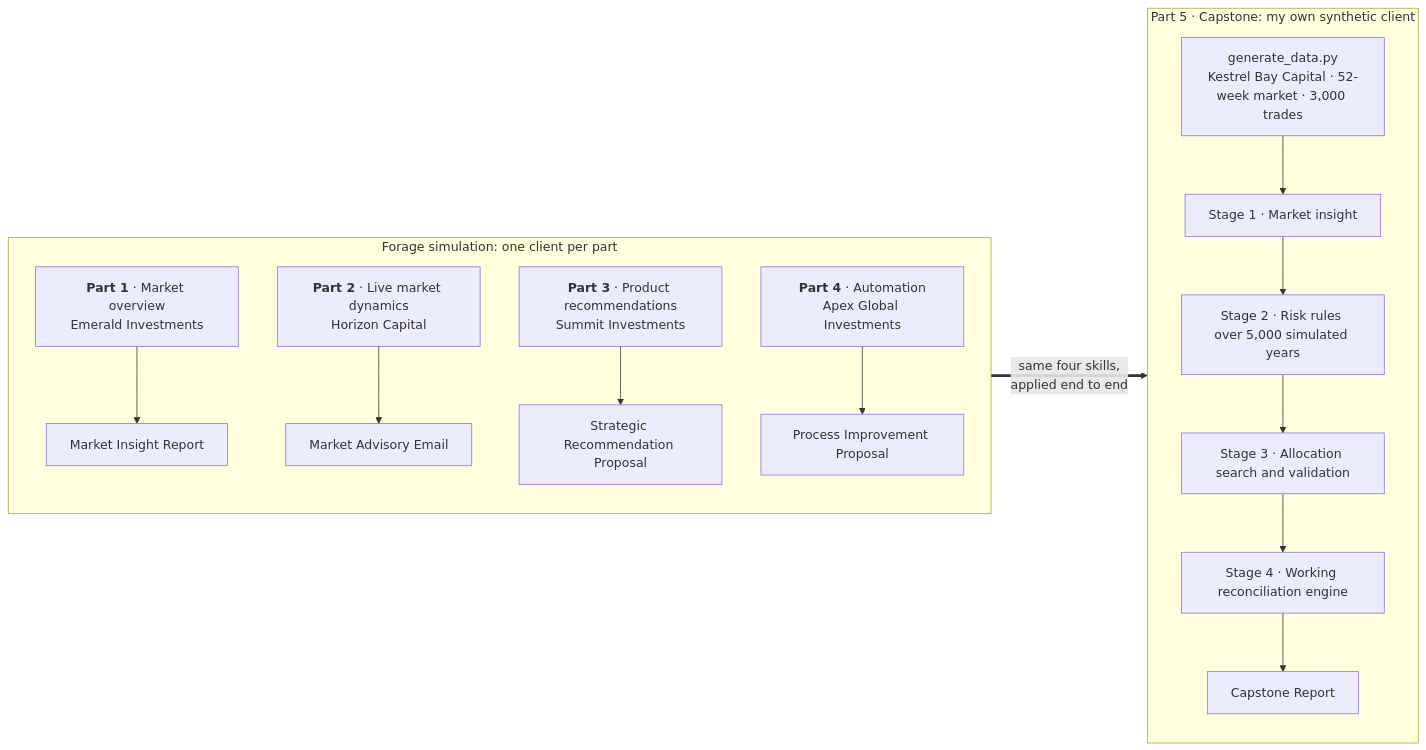
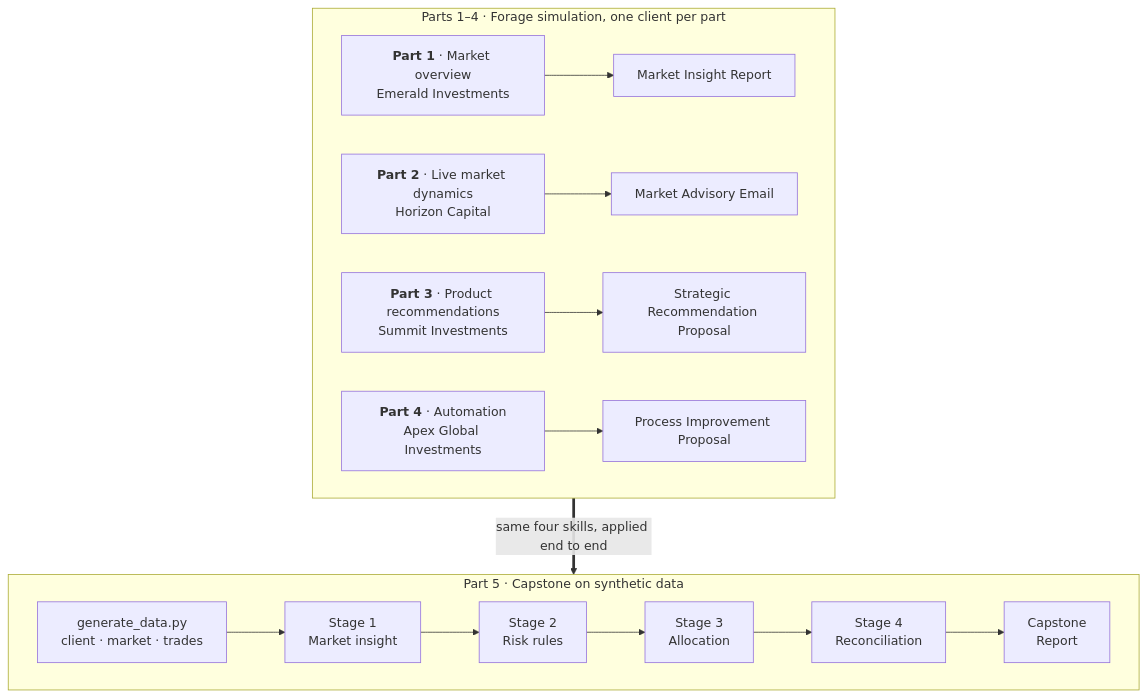
One commit to tamezza/Global-Markets-Sales-and-Trading-Analyst changed the first of 2 diagrams in README.md. Above: the diagram before and after it, drawn with Mermaid. The commit also changed other lines of this file, not shown here.

Commit message:
README: tidier project diagram

````diff
--- a/README.md
+++ b/README.md
@@ -9,21 +9,21 @@
 ```mermaid
-flowchart LR
-    subgraph FORAGE["Forage simulation: one client per part"]
-        direction TB
+flowchart TB
+    subgraph FORAGE["Parts 1–4 · Forage simulation, one client per part"]
+        direction LR
         P1["<b>Part 1</b> · Market overview<br/>Emerald Investments"] --> R1["Market Insight Report"]
         P2["<b>Part 2</b> · Live market dynamics<br/>Horizon Capital"] --> R2["Market Advisory Email"]
         P3["<b>Part 3</b> · Product recommendations<br/>Summit Investments"] --> R3["Strategic Recommendation Proposal"]
         P4["<b>Part 4</b> · Automation<br/>Apex Global Investments"] --> R4["Process Improvement Proposal"]
     end
 
-    subgraph CAPSTONE["Part 5 · Capstone: my own synthetic client"]
-        direction TB
-        G["generate_data.py<br/>Kestrel Bay Capital · 52-week market · 3,000 trades"] --> S1["Stage 1 · Market insight"]
-        S1 --> S2["Stage 2 · Risk rules over 5,000 simulated years"]
-        S2 --> S3["Stage 3 · Allocation search and validation"]
-        S3 --> S4["Stage 4 · Working reconciliation engine"]
-        S4 --> CR["Capstone Report"]
+    subgraph CAPSTONE["Part 5 · Capstone on synthetic data"]
+        direction LR
+        G["generate_data.py<br/>client · market · trades"] --> S1["Stage 1<br/>Market insight"]
+        S1 --> S2["Stage 2<br/>Risk rules"]
+        S2 --> S3["Stage 3<br/>Allocation"]
+        S3 --> S4["Stage 4<br/>Reconciliation"]
+        S4 --> CR["Capstone<br/>Report"]
     end
 
-    FORAGE == "same four skills,<br/>applied end to end" ==> CAPSTONE
+    FORAGE == "same four skills, applied end to end" ==> CAPSTONE
 ```
````
